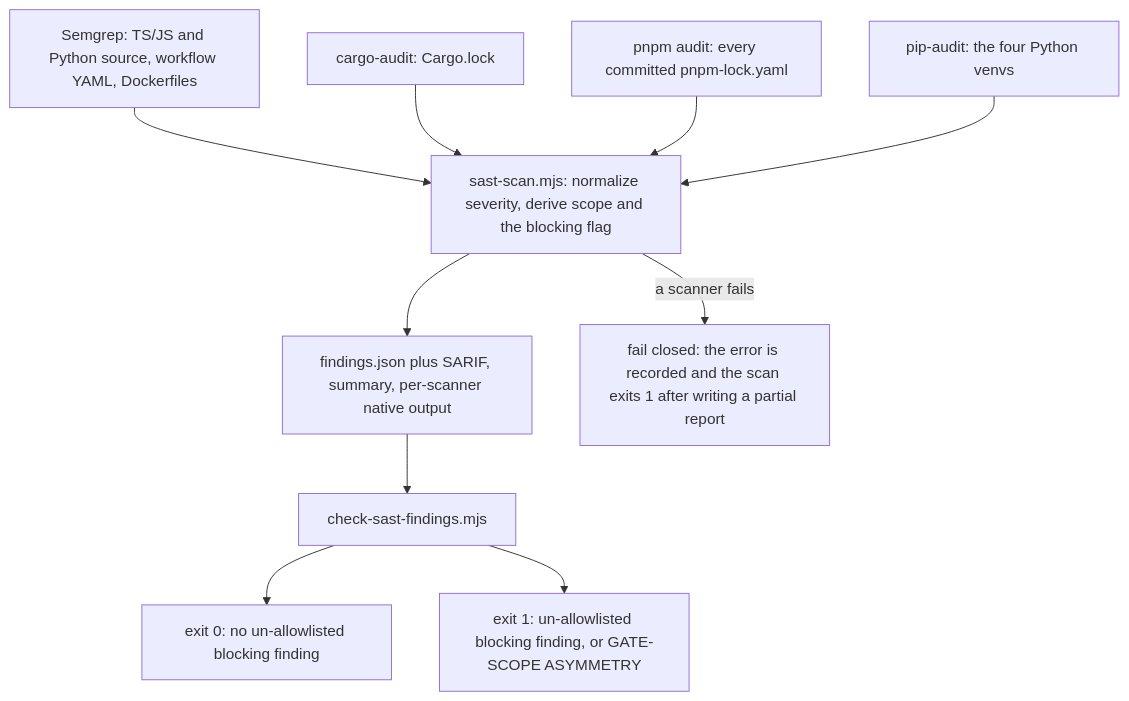
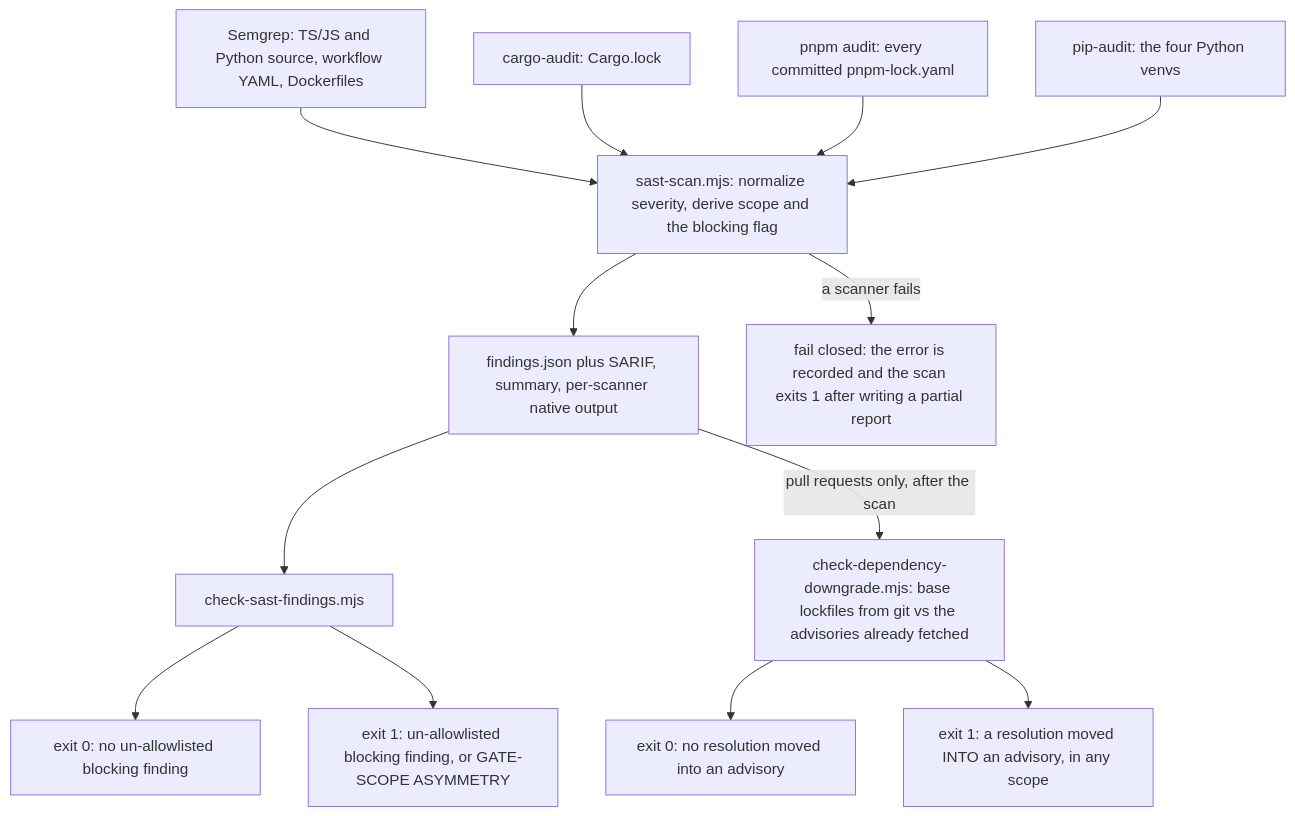
The first of 4 diagrams in openwiki/runbooks/sast-scanning.md (jumbleknot/MovieCollectionManager), drawn with Mermaid before and after one commit. The commit also changed other lines of this file and 15 other files, not shown here.

````diff
--- a/openwiki/runbooks/sast-scanning.md
+++ b/openwiki/runbooks/sast-scanning.md
@@ -91,12 +93,15 @@
 ```mermaid
 flowchart TD
   S1["Semgrep: TS/JS and Python source, workflow YAML, Dockerfiles"] --> N
   S2["cargo-audit: Cargo.lock"] --> N
   S3["pnpm audit: every committed pnpm-lock.yaml"] --> N
   S4["pip-audit: the four Python venvs"] --> N
   N["sast-scan.mjs: normalize severity, derive scope and the blocking flag"] --> R["findings.json plus SARIF, summary, per-scanner native output"]
   N -->|a scanner fails| FC["fail closed: the error is recorded and the scan exits 1 after writing a partial report"]
   R --> G["check-sast-findings.mjs"]
   G --> P["exit 0: no un-allowlisted blocking finding"]
   G --> X["exit 1: un-allowlisted blocking finding, or GATE-SCOPE ASYMMETRY"]
+  R -->|"pull requests only, after the scan"| D["check-dependency-downgrade.mjs: base lockfiles from git vs the advisories already fetched"]
+  D --> DP["exit 0: no resolution moved into an advisory"]
+  D --> DX["exit 1: a resolution moved INTO an advisory, in any scope"]
 ```
````
